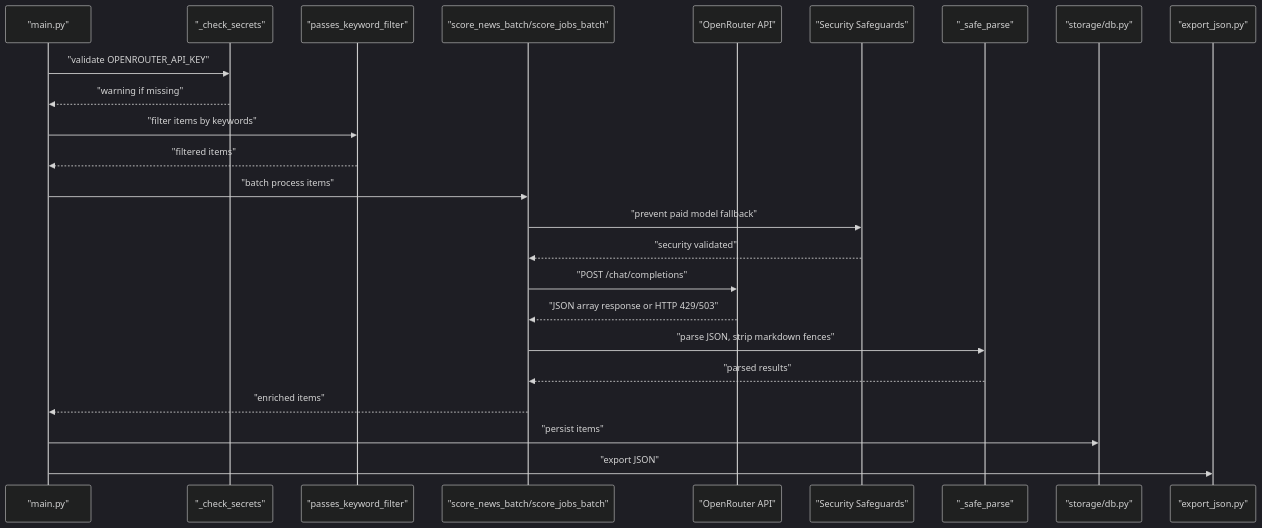
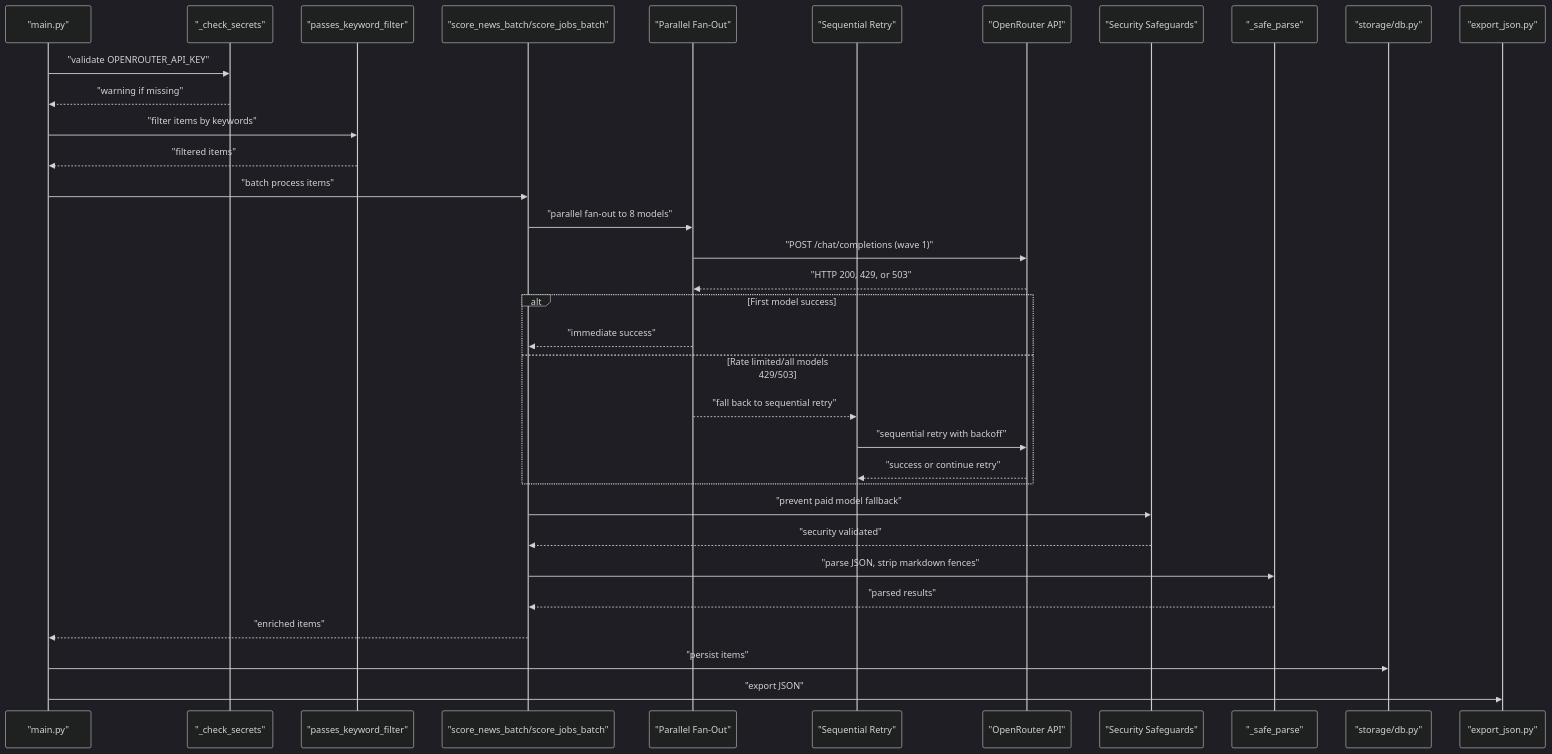
Before and after one commit to shakthi-vinayak/news: the second of 3 diagrams in .qoder/repowiki/en/content/Content Processing Pipeline/LLM Relevance Scoring.md, drawn with Mermaid (dark theme). The commit also changed other lines of this file and 55 other files, not shown here.

````diff
--- a/.qoder/repowiki/en/content/Content Processing Pipeline/LLM Relevance Scoring.md
+++ b/.qoder/repowiki/en/content/Content Processing Pipeline/LLM Relevance Scoring.md
@@ -97,26 +101,36 @@
 ```mermaid
 sequenceDiagram
 participant Orchestrator as "main.py"
 participant SecretValidator as "_check_secrets"
 participant KeywordFilter as "passes_keyword_filter"
 participant Scorer as "score_news_batch/score_jobs_batch"
+participant FanOut as "Parallel Fan-Out"
+participant SequentialRetry as "Sequential Retry"
 participant OpenRouter as "OpenRouter API"
 participant SecurityGuard as "Security Safeguards"
 participant Parser as "_safe_parse"
 participant DB as "storage/db.py"
 participant Export as "export_json.py"
 Orchestrator->>SecretValidator : "validate OPENROUTER_API_KEY"
 SecretValidator-->>Orchestrator : "warning if missing"
 Orchestrator->>KeywordFilter : "filter items by keywords"
 KeywordFilter-->>Orchestrator : "filtered items"
 Orchestrator->>Scorer : "batch process items"
+Scorer->>FanOut : "parallel fan-out to 8 models"
+FanOut->>OpenRouter : "POST /chat/completions (wave 1)"
+OpenRouter-->>FanOut : "HTTP 200, 429, or 503"
+alt First model success
+FanOut-->>Scorer : "immediate success"
+else Rate limited/all models 429/503
+FanOut-->>SequentialRetry : "fall back to sequential retry"
+SequentialRetry->>OpenRouter : "sequential retry with backoff"
+OpenRouter-->>SequentialRetry : "success or continue retry"
+end
 Scorer->>SecurityGuard : "prevent paid model fallback"
 SecurityGuard-->>Scorer : "security validated"
-Scorer->>OpenRouter : "POST /chat/completions"
-OpenRouter-->>Scorer : "JSON array response or HTTP 429/503"
 Scorer->>Parser : "parse JSON, strip markdown fences"
 Parser-->>Scorer : "parsed results"
 Scorer-->>Orchestrator : "enriched items"
 Orchestrator->>DB : "persist items"
 Orchestrator->>Export : "export JSON"
 ```
````
